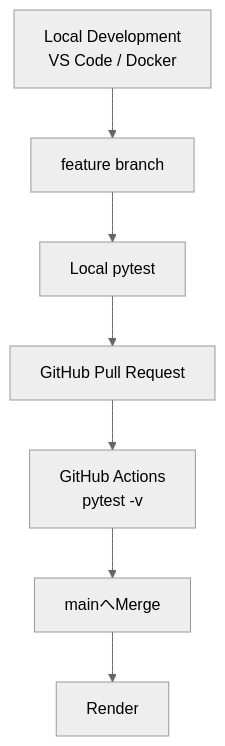
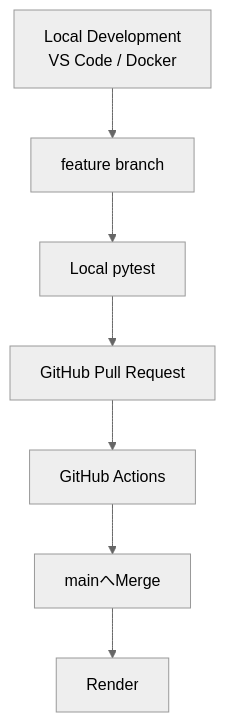
One commit to tosane932/sales_data_app changed the diagram in README.md. Above: the diagram before and after it, drawn with Mermaid (neutral theme). The commit also changed other lines of this file, not shown here.

````diff
--- a/README.md
+++ b/README.md
@@ -1199,15 +1472,15 @@
 ```mermaid
 flowchart TD
     A[Local Development<br>VS Code / Docker]
     --> B[feature branch]
 
     B --> C[Local pytest]
 
     C --> D[GitHub Pull Request]
 
-    D --> E[GitHub Actions<br>pytest -v]
+    D --> E[GitHub Actions]
 
     E --> F[mainへMerge]
 
     F --> G[Render]
 ```
````
